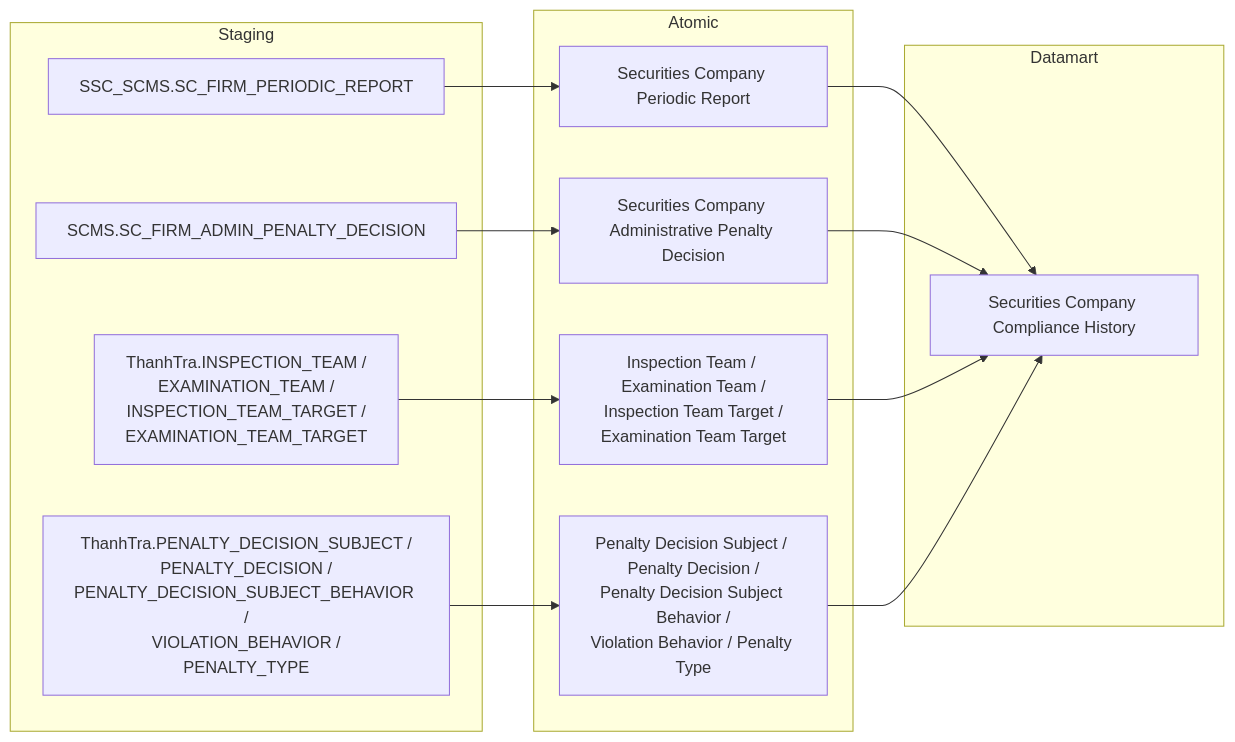
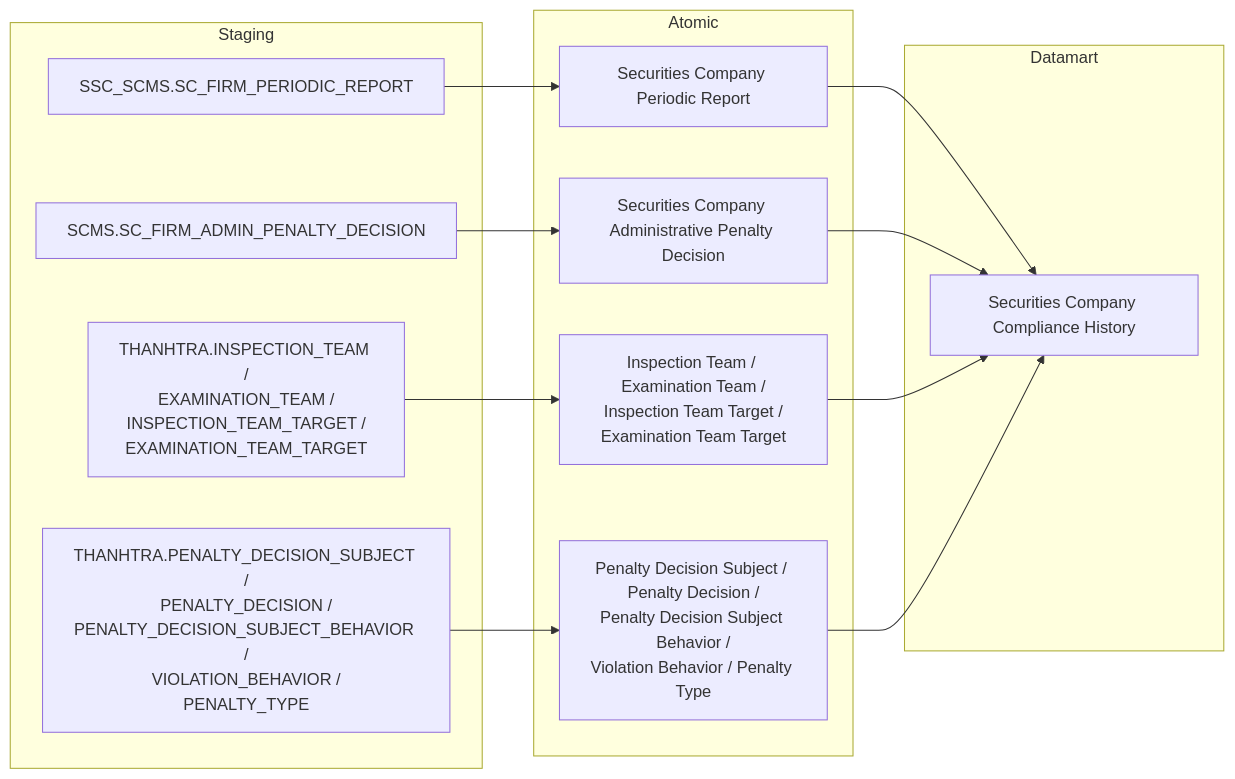
Before and after one commit to linhlvit/ubck_atomic_design: diagram 14 of 30 in Datamart/hld/DTM_QLKD_HLD.md, drawn with Mermaid. The commit also changed other lines of this file and 463 other files, not shown here.

````diff
--- a/Datamart/hld/DTM_QLKD_HLD.md
+++ b/Datamart/hld/DTM_QLKD_HLD.md
@@ -543,30 +543,30 @@
 ```mermaid
 flowchart LR
     subgraph SRC["Staging"]
         S1["SSC_SCMS.SC_FIRM_PERIODIC_REPORT"]
         S1b["SCMS.SC_FIRM_ADMIN_PENALTY_DECISION"]
-        S2["ThanhTra.INSPECTION_TEAM /\nEXAMINATION_TEAM /\nINSPECTION_TEAM_TARGET /\nEXAMINATION_TEAM_TARGET"]
-        S3["ThanhTra.PENALTY_DECISION_SUBJECT /\nPENALTY_DECISION /\nPENALTY_DECISION_SUBJECT_BEHAVIOR /\nVIOLATION_BEHAVIOR /\nPENALTY_TYPE"]
+        S2["THANHTRA.INSPECTION_TEAM /\nEXAMINATION_TEAM /\nINSPECTION_TEAM_TARGET /\nEXAMINATION_TEAM_TARGET"]
+        S3["THANHTRA.PENALTY_DECISION_SUBJECT /\nPENALTY_DECISION /\nPENALTY_DECISION_SUBJECT_BEHAVIOR /\nVIOLATION_BEHAVIOR /\nPENALTY_TYPE"]
     end
 
     subgraph SIL["Atomic"]
         SV1["Securities Company Periodic Report"]
         SV1b["Securities Company Administrative Penalty Decision"]
         SV2["Inspection Team / Examination Team /\nInspection Team Target /\nExamination Team Target"]
         SV3["Penalty Decision Subject / Penalty Decision /\nPenalty Decision Subject Behavior /\nViolation Behavior / Penalty Type"]
     end
 
     subgraph Datamart["Datamart"]
         G1["Securities Company Compliance History"]
     end
 
     S1 --> SV1
     S1b --> SV1b
     S2 --> SV2
     S3 --> SV3
 
     SV1 --> G1
     SV1b --> G1
     SV2 --> G1
     SV3 --> G1
 ```
````
